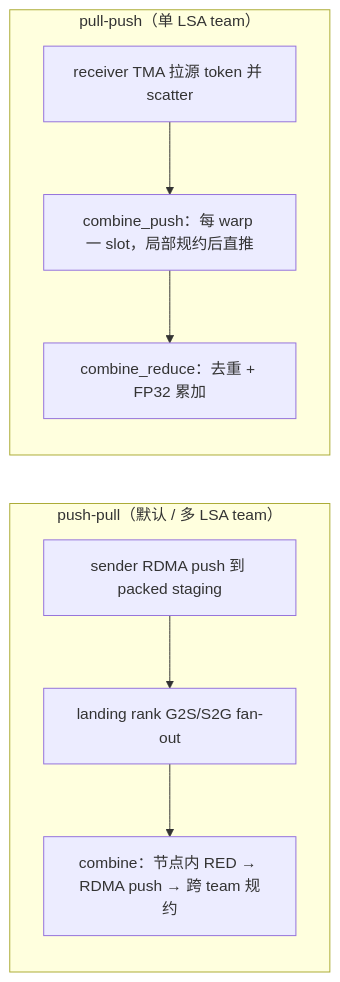
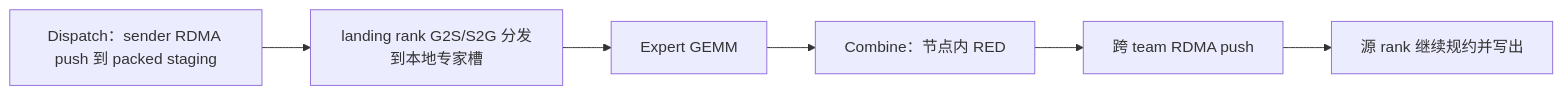
Before and after one commit to s0okiym/nccl-extensions: the tenth of 12 diagrams in nccl_ep/docs/design_overview.md, drawn with Mermaid. The commit also changed other lines of this file, not shown here.

````diff
--- a/nccl_ep/docs/design_overview.md
+++ b/nccl_ep/docs/design_overview.md
@@ -334,9 +480,8 @@
 ```mermaid
 flowchart LR
-  subgraph P["push-pull（默认 / 多 LSA team）"]
-    P1["sender RDMA push 到 packed staging"] --> P2["landing rank G2S/S2G fan-out"] --> P3["combine：节点内 RED → RDMA push → 跨 team 规约"]
-  end
-  subgraph U["pull-push（单 LSA team）"]
-    U1["receiver TMA 拉源 token 并 scatter"] --> U2["combine_push：每 warp 一 slot，局部规约后直推"] --> U3["combine_reduce：去重 + FP32 累加"]
-  end
+  A["Dispatch：sender RDMA push 到 packed staging"] --> B["landing rank G2S/S2G 分发到本地专家槽"]
+  B --> C["Expert GEMM"]
+  C --> D["Combine：节点内 RED"]
+  D --> E["跨 team RDMA push"]
+  E --> F["源 rank 继续规约并写出"]
 ```
````
